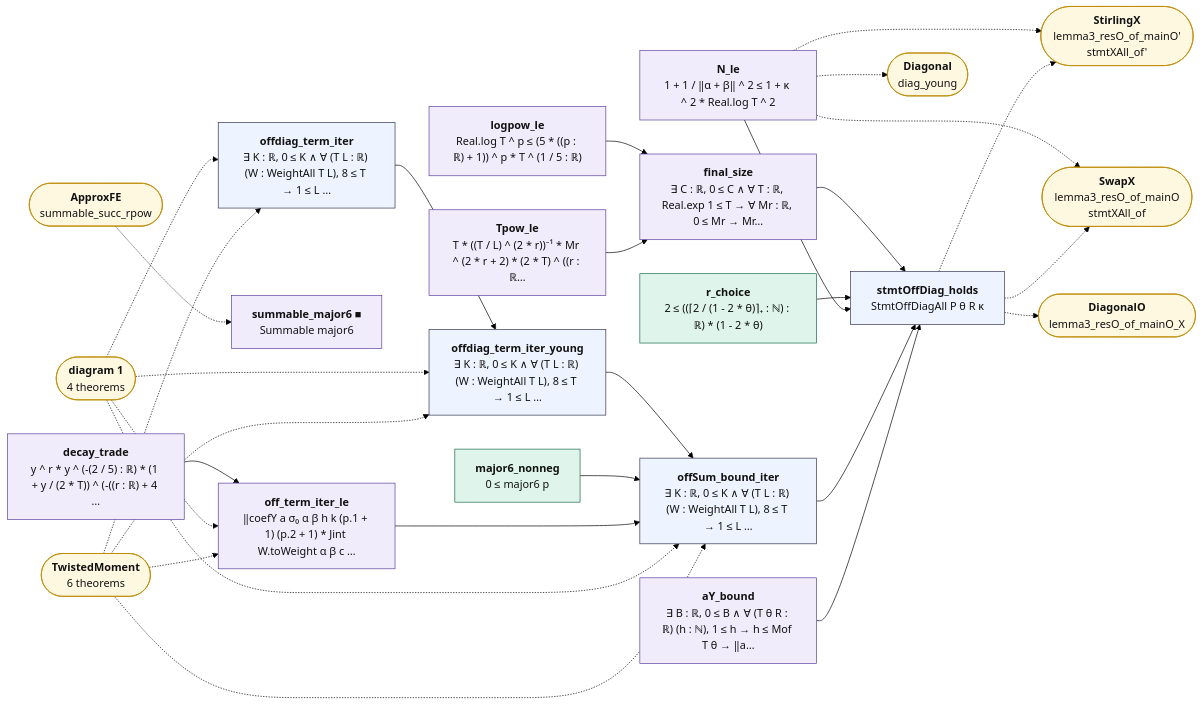
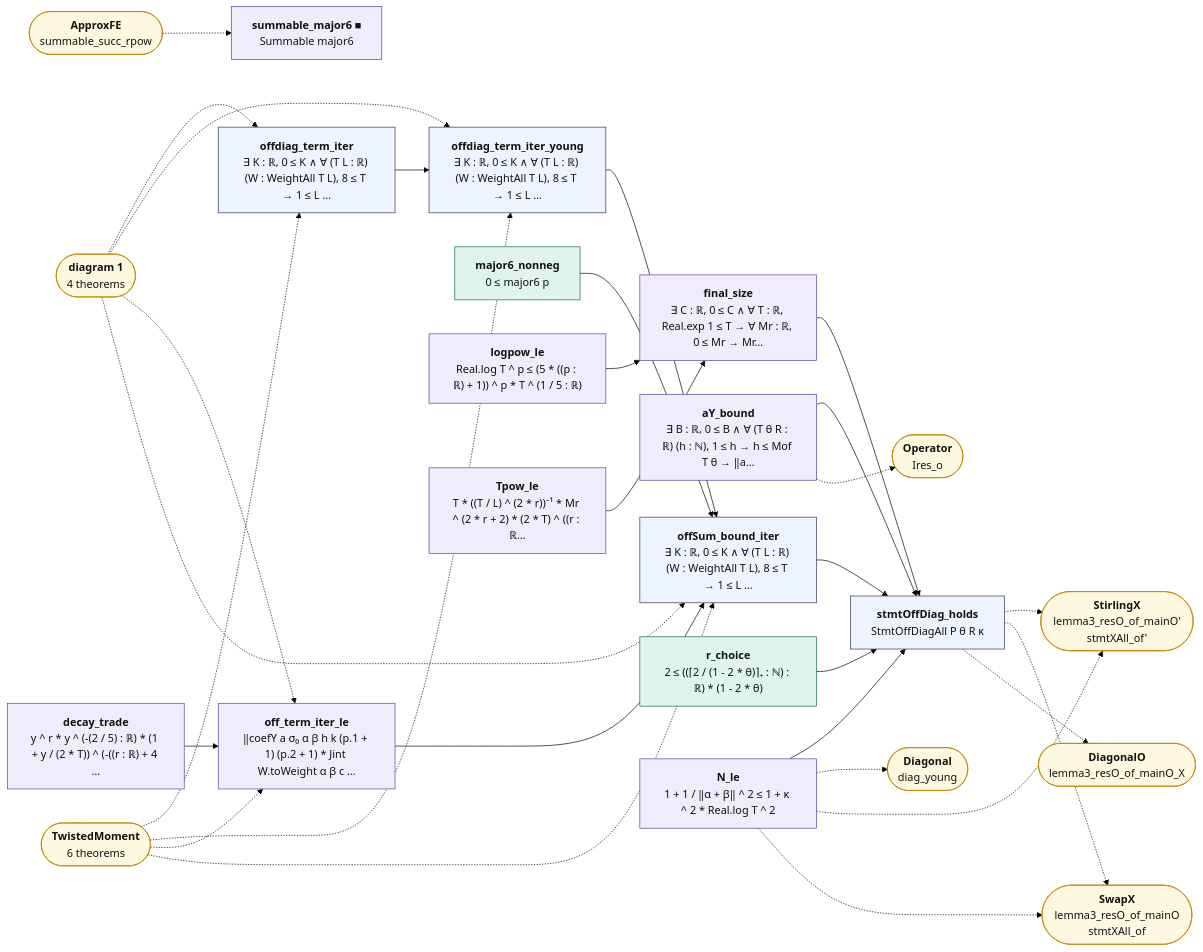
One commit to juliansambranojr/Primebeat_081426 changed the second of 2 diagrams in map/lean_stage3/OffDiagClose.md. Above: the diagram before and after it, drawn with Mermaid (forest theme). The commit also changed other lines of this file and 31 other files, not shown here.

````diff
--- a/map/lean_stage3/OffDiagClose.md
+++ b/map/lean_stage3/OffDiagClose.md
@@ -99,59 +99,61 @@
 ```mermaid
 flowchart LR
   n0["<b>offdiag_term_iter</b><br/>∃ K : ℝ, 0 ≤ K ∧ ∀ (T L : ℝ) (W : WeightAll T L), 8 ≤ T → 1 ≤ L …"]:::thm
   n1["<b>offdiag_term_iter_young</b><br/>∃ K : ℝ, 0 ≤ K ∧ ∀ (T L : ℝ) (W : WeightAll T L), 8 ≤ T → 1 ≤ L …"]:::thm
   n2["<b>major6_nonneg</b><br/>0 ≤ major6 p"]:::cnt
   n3["<b>summable_major6 ■</b><br/>Summable major6"]:::shp
   n4["<b>decay_trade</b><br/>y ^ r * y ^ (-(2 / 5) : ℝ) * (1 + y / (2 * T)) ^ (-((r : ℝ) + 4 …"]:::shp
   n5["<b>off_term_iter_le</b><br/>‖coefY a σ₀ α β h k (p.1 + 1) (p.2 + 1) * Jint W.toWeight α β c …"]:::shp
   n6["<b>offSum_bound_iter</b><br/>∃ K : ℝ, 0 ≤ K ∧ ∀ (T L : ℝ) (W : WeightAll T L), 8 ≤ T → 1 ≤ L …"]:::thm
   n7["<b>aY_bound</b><br/>∃ B : ℝ, 0 ≤ B ∧ ∀ (T θ R : ℝ) (h : ℕ), 1 ≤ h → h ≤ Mof T θ → ‖a…"]:::shp
   n8["<b>logpow_le</b><br/>Real.log T ^ p ≤ (5 * ((p : ℝ) + 1)) ^ p * T ^ (1 / 5 : ℝ)"]:::shp
   n9["<b>Tpow_le</b><br/>T * ((T / L) ^ (2 * r))⁻¹ * Mr ^ (2 * r + 2) * (2 * T) ^ ((r : ℝ…"]:::shp
   n10["<b>final_size</b><br/>∃ C : ℝ, 0 ≤ C ∧ ∀ T : ℝ, Real.exp 1 ≤ T → ∀ Mr : ℝ, 0 ≤ Mr → Mr…"]:::shp
   n11["<b>r_choice</b><br/>2 ≤ ((⌈2 / (1 - 2 * θ)⌉₊ : ℕ) : ℝ) * (1 - 2 * θ)"]:::cnt
   n12["<b>N_le</b><br/>1 + 1 / ‖α + β‖ ^ 2 ≤ 1 + κ ^ 2 * Real.log T ^ 2"]:::shp
   n13["<b>stmtOffDiag_holds</b><br/>StmtOffDiagAll P θ R κ"]:::thm
   x0(["<b>diagram 1</b><br/>4 theorems"]):::ext
   x1(["<b>TwistedMoment</b><br/>6 theorems"]):::ext
   x2(["<b>ApproxFE</b><br/>summable_succ_rpow"]):::ext
-  x3(["<b>Diagonal</b><br/>diag_young"]):::ext
-  x4(["<b>StirlingX</b><br/>lemma3_resO_of_mainO'<br/>stmtXAll_of'"]):::ext
-  x5(["<b>SwapX</b><br/>lemma3_resO_of_mainO<br/>stmtXAll_of"]):::ext
-  x6(["<b>DiagonalO</b><br/>lemma3_resO_of_mainO_X"]):::ext
+  x3(["<b>Operator</b><br/>Ires_o"]):::ext
+  x4(["<b>Diagonal</b><br/>diag_young"]):::ext
+  x5(["<b>StirlingX</b><br/>lemma3_resO_of_mainO'<br/>stmtXAll_of'"]):::ext
+  x6(["<b>SwapX</b><br/>lemma3_resO_of_mainO<br/>stmtXAll_of"]):::ext
+  x7(["<b>DiagonalO</b><br/>lemma3_resO_of_mainO_X"]):::ext
   n0 --> n1
   n1 --> n6
   n10 --> n13
   n11 --> n13
   n12 --> n13
   n2 --> n6
   n4 --> n5
   n5 --> n6
   n6 --> n13
   n7 --> n13
   n8 --> n10
   n9 --> n10
-  n12 -.-> x3
   n12 -.-> x4
   n12 -.-> x5
-  n13 -.-> x4
+  n12 -.-> x6
   n13 -.-> x5
   n13 -.-> x6
+  n13 -.-> x7
+  n7 -.-> x3
   x0 -.-> n0
   x0 -.-> n1
   x0 -.-> n5
   x0 -.-> n6
   x1 -.-> n0
   x1 -.-> n1
   x1 -.-> n5
   x1 -.-> n6
   x2 -.-> n3
   classDef cnt fill:#dff5ec,stroke:#17694a,color:#111
   classDef shp fill:#f1ecfb,stroke:#5b3fa0,color:#111
   classDef rh fill:#ffe5e5,stroke:#c22,color:#111,stroke-width:2px
   classDef thm fill:#eef4ff,stroke:#335,color:#111
   classDef end_ fill:#e7f7e7,stroke:#2a7,color:#111,stroke-width:2px
   classDef lone fill:#fff,stroke:#999,color:#111,stroke-dasharray:4 3
   classDef bad fill:#ffe5e5,stroke:#c22,color:#111,stroke-width:2px
   classDef ext fill:#fff8e1,stroke:#b80,color:#111
 ```
````
